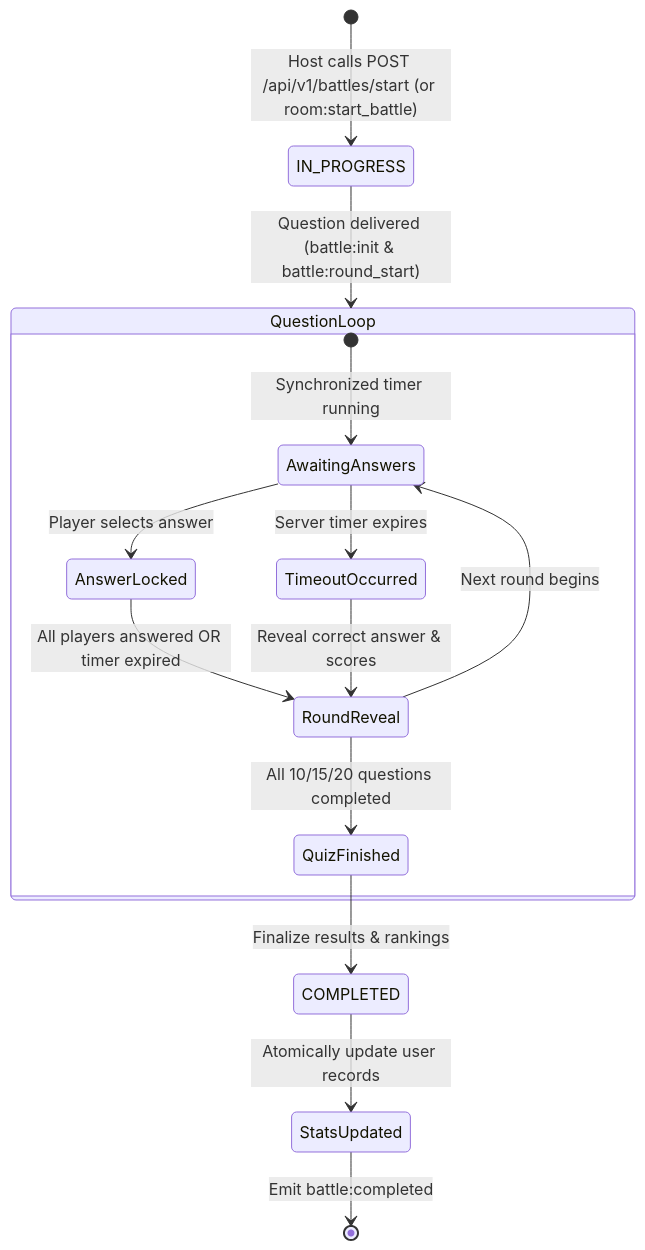
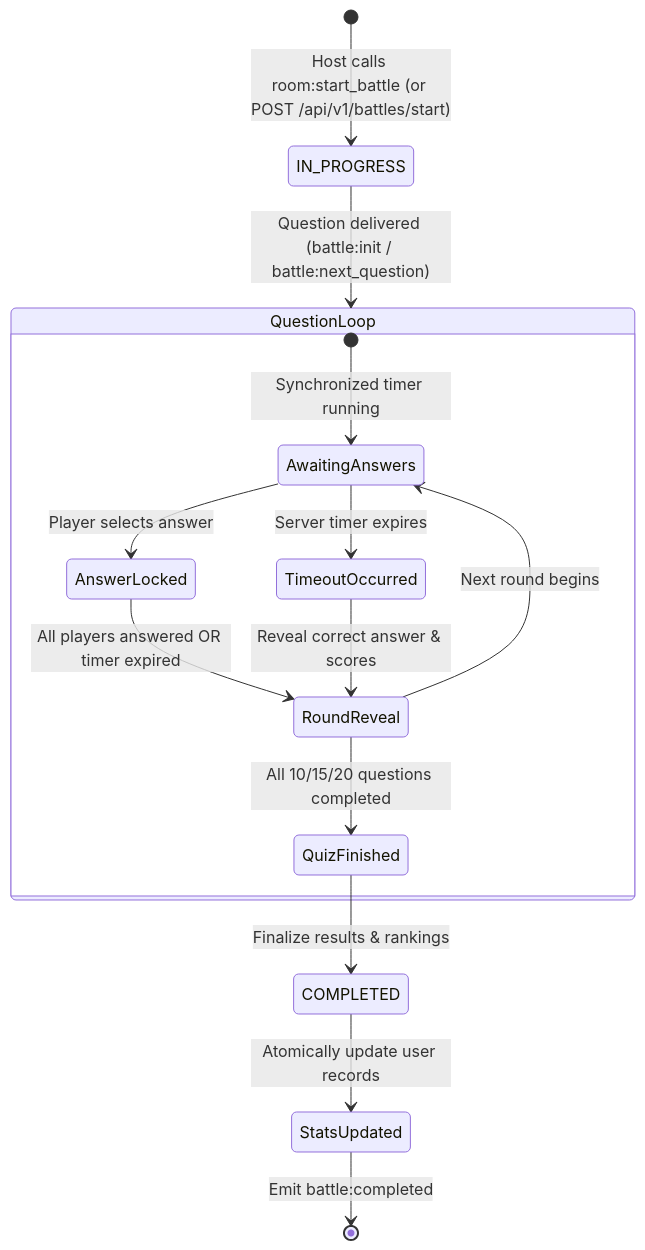
Before and after one commit to harshverma-25/CodeArena: the diagram in docs/08-battle-engine.md, drawn with Mermaid. The commit also changed other lines of this file and 17 other files, not shown here.

Commit message:
docs: synchronize project documentation with current architecture

````diff
--- a/docs/08-battle-engine.md
+++ b/docs/08-battle-engine.md
@@ -16,19 +17,19 @@
 ```mermaid
 stateDiagram-v2
-    [*] --> IN_PROGRESS: Host calls POST /api/v1/battles/start (or room:start_battle)
-    IN_PROGRESS --> QuestionLoop: Question delivered (battle:init & battle:round_start)
+    [*] --> IN_PROGRESS: Host calls room:start_battle (or POST /api/v1/battles/start)
+    IN_PROGRESS --> QuestionLoop: Question delivered (battle:init / battle:next_question)
     
     state QuestionLoop {
         [*] --> AwaitingAnswers: Synchronized timer running
         AwaitingAnswers --> AnswerLocked: Player selects answer
         AwaitingAnswers --> TimeoutOccurred: Server timer expires
         AnswerLocked --> RoundReveal: All players answered OR timer expired
         TimeoutOccurred --> RoundReveal: Reveal correct answer & scores
         RoundReveal --> AwaitingAnswers: Next round begins
         RoundReveal --> QuizFinished: All 10/15/20 questions completed
     }
 
     QuizFinished --> COMPLETED: Finalize results & rankings
     COMPLETED --> StatsUpdated: Atomically update user records
     StatsUpdated --> [*]: Emit battle:completed
 ```
````
